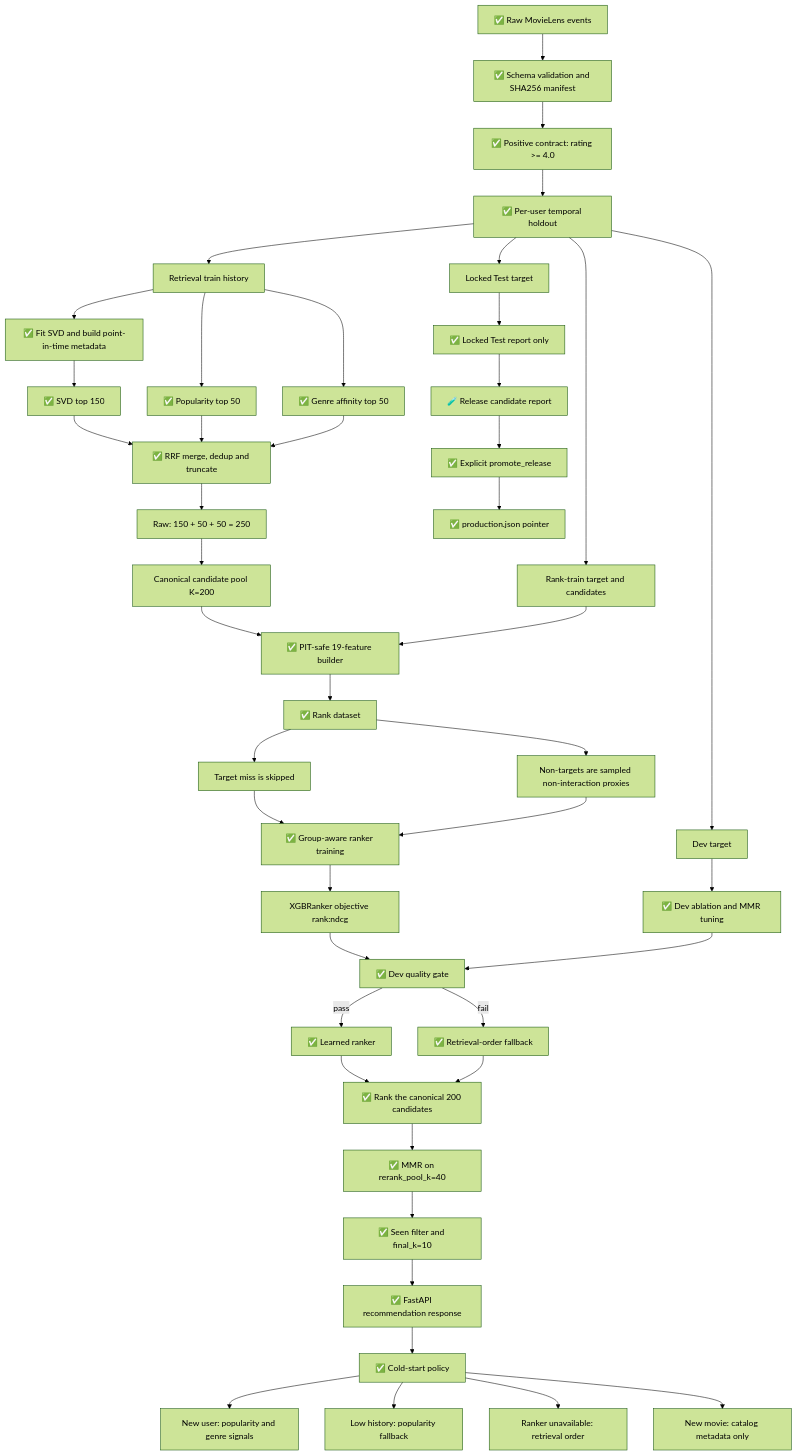
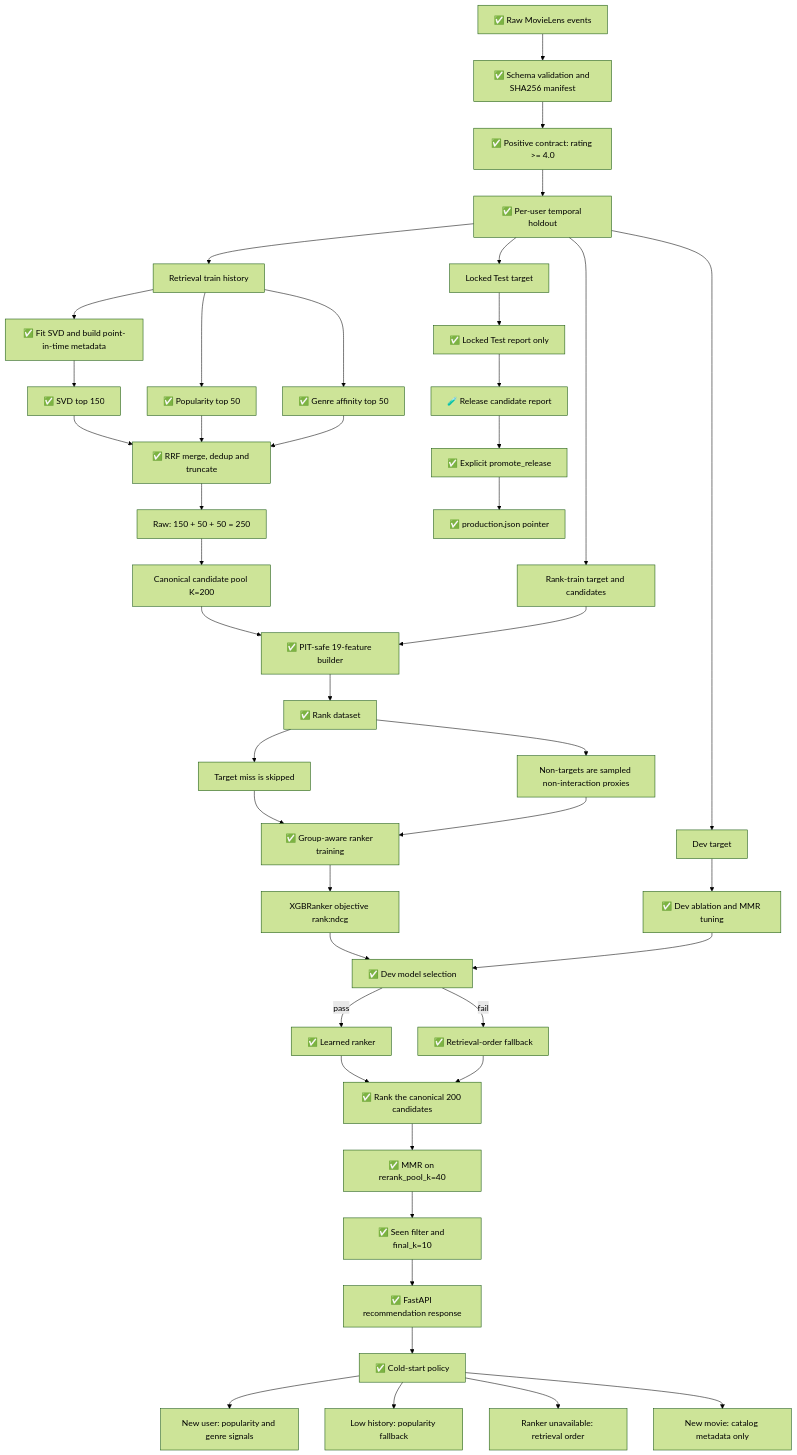
Before and after one commit to haminhthong/Two-Stage-Movie-Recommender: the diagram in README.md, drawn with Mermaid (forest theme). The commit also changed other lines of this file and 28 other files, not shown here.

````diff
--- a/README.md
+++ b/README.md
@@ -82,52 +86,52 @@
 ```mermaid
 flowchart TD
     A["✅ Raw MovieLens events"] --> B["✅ Schema validation and SHA256 manifest"]
     B --> C["✅ Positive contract: rating >= 4.0"]
     C --> D["✅ Per-user temporal holdout"]
     D --> D1["Retrieval train history"]
     D --> D2["Rank-train target and candidates"]
     D --> D3["Dev target"]
     D --> D4["Locked Test target"]
 
     D1 --> E["✅ Fit SVD and build point-in-time metadata"]
     E --> R1["✅ SVD top 150"]
     D1 --> R2["✅ Popularity top 50"]
     D1 --> R3["✅ Genre affinity top 50"]
 
     R1 --> M["✅ RRF merge, dedup and truncate"]
     R2 --> M
     R3 --> M
     M --> M1["Raw: 150 + 50 + 50 = 250"]
     M1 --> M2["Canonical candidate pool K=200"]
 
     M2 --> N["✅ PIT-safe 19-feature builder"]
     D2 --> N
     N --> Q["✅ Rank dataset"]
     Q --> Q1["Target miss is skipped"]
     Q --> Q2["Non-targets are sampled non-interaction proxies"]
     Q1 --> T["✅ Group-aware ranker training"]
     Q2 --> T
     T --> T1["XGBRanker objective rank:ndcg"]
-    T1 --> G["✅ Dev quality gate"]
+    T1 --> G["✅ Dev model selection"]
     G -->|pass| H["✅ Learned ranker"]
     G -->|fail| I["✅ Retrieval-order fallback"]
 
     H --> J["✅ Rank the canonical 200 candidates"]
     I --> J
     J --> K["✅ MMR on rerank_pool_k=40"]
     K --> L["✅ Seen filter and final_k=10"]
     L --> O["✅ FastAPI recommendation response"]
 
     D3 --> V["✅ Dev ablation and MMR tuning"]
     V --> G
     D4 --> W["✅ Locked Test report only"]
     W --> X["🧪 Release candidate report"]
     X --> Y["✅ Explicit promote_release"]
     Y --> Z["✅ production.json pointer"]
 
     O --> CS["✅ Cold-start policy"]
     CS --> CS1["New user: popularity and genre signals"]
     CS --> CS2["Low history: popularity fallback"]
     CS --> CS3["Ranker unavailable: retrieval order"]
     CS --> CS4["New movie: catalog metadata only"]
 ```
````
